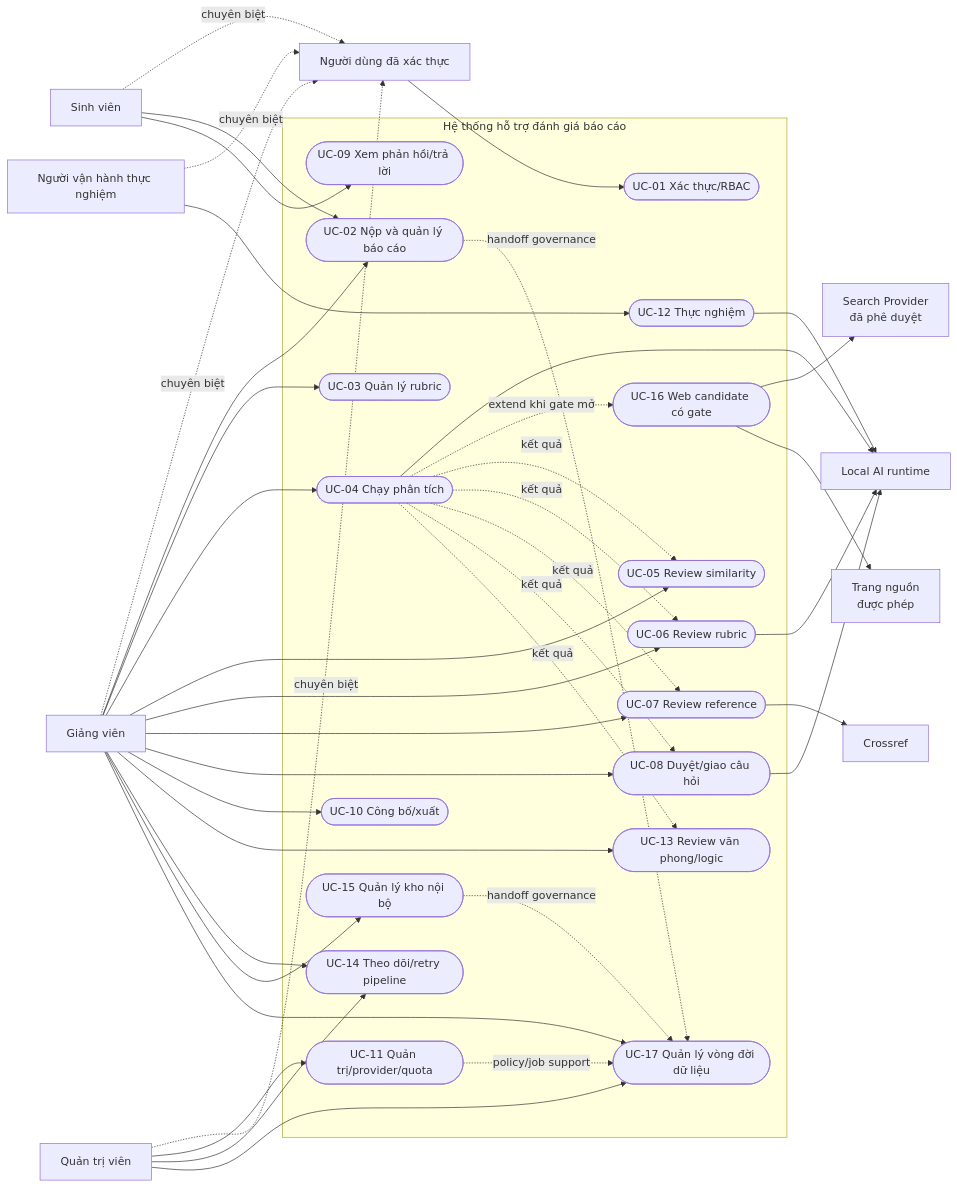
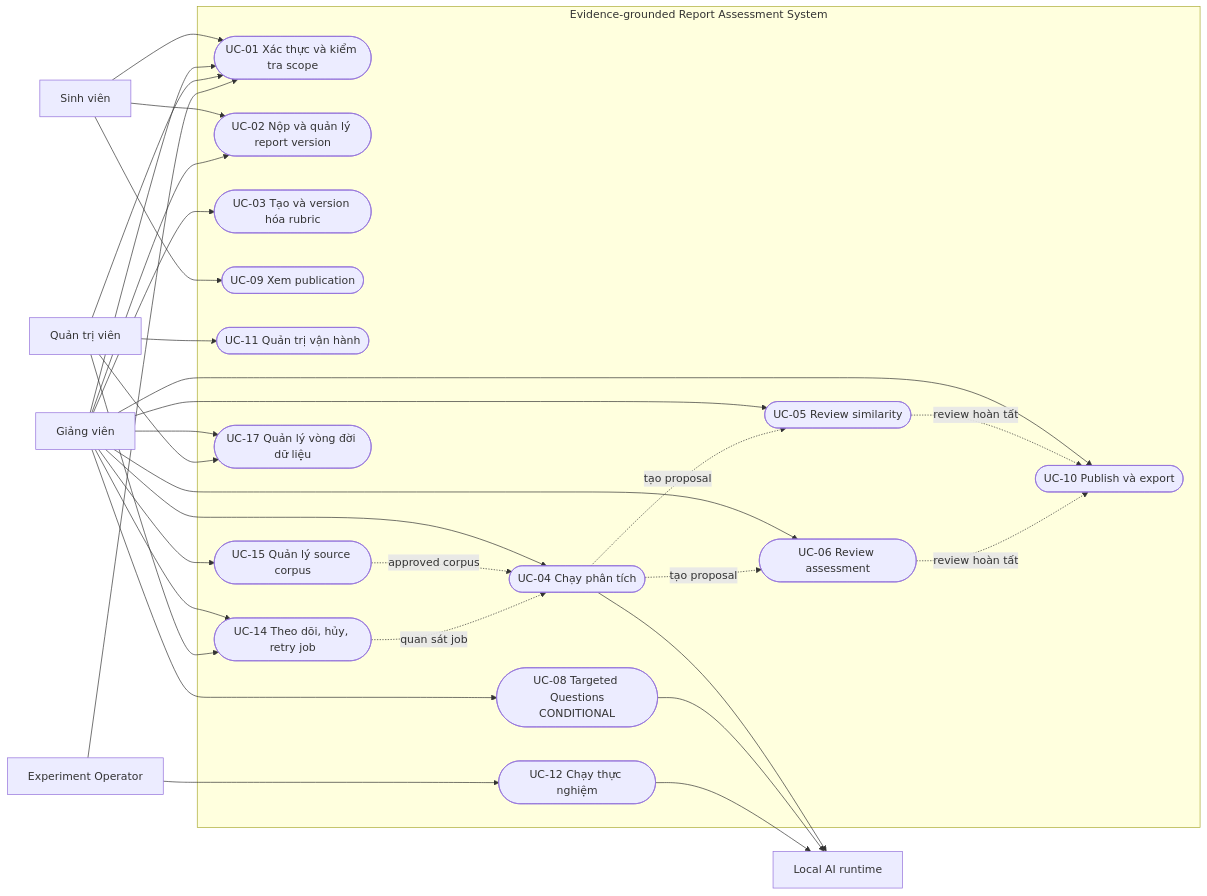
One commit to ngwine/evidence-grounded-report-assessment changed the first of 3 diagrams in docs/week-01/W1-04-bo-use-case.md. Above: the diagram before and after it, drawn with Mermaid. The commit also changed other lines of this file and 4 other files, not shown here.

````diff
--- a/docs/week-01/W1-04-bo-use-case.md
+++ b/docs/week-01/W1-04-bo-use-case.md
@@ -104,74 +93,56 @@
 ```mermaid
 flowchart LR
-    U[Người dùng đã xác thực]
     SV[Sinh viên]
     GV[Giảng viên]
     AD[Quản trị viên]
-    RS[Người vận hành thực nghiệm]
-    LAI[Local AI runtime]
-    SP[Search Provider<br/>đã phê duyệt]
-    CR[Crossref]
-    WEB[Trang nguồn<br/>được phép]
+    EO[Experiment Operator]
+    AI[Local AI runtime]
 
-    SV -. chuyên biệt .-> U
-    GV -. chuyên biệt .-> U
-    AD -. chuyên biệt .-> U
-    RS -. chuyên biệt .-> U
-
-    subgraph SYS[Hệ thống hỗ trợ đánh giá báo cáo]
-      UC01([UC-01 Xác thực/RBAC])
-      UC02([UC-02 Nộp và quản lý báo cáo])
-      UC03([UC-03 Quản lý rubric])
+    subgraph SYS[Evidence-grounded Report Assessment System]
+      UC01([UC-01 Xác thực và kiểm tra scope])
+      UC02([UC-02 Nộp và quản lý report version])
+      UC03([UC-03 Tạo và version hóa rubric])
       UC04([UC-04 Chạy phân tích])
       UC05([UC-05 Review similarity])
-      UC06([UC-06 Review rubric])
-      UC07([UC-07 Review reference])
-      UC08([UC-08 Duyệt/giao câu hỏi])
-      UC09([UC-09 Xem phản hồi/trả lời])
-      UC10([UC-10 Công bố/xuất])
-      UC11([UC-11 Quản trị/provider/quota])
-      UC12([UC-12 Thực nghiệm])
-      UC13([UC-13 Review văn phong/logic])
-      UC14([UC-14 Theo dõi/retry pipeline])
-      UC15([UC-15 Quản lý kho nội bộ])
-      UC16([UC-16 Web candidate có gate])
+      UC06([UC-06 Review assessment])
+      UC08([UC-08 Targeted Questions<br/>CONDITIONAL])
+      UC09([UC-09 Xem publication])
+      UC10([UC-10 Publish và export])
+      UC11([UC-11 Quản trị vận hành])
+      UC12([UC-12 Chạy thực nghiệm])
+      UC14([UC-14 Theo dõi, hủy, retry job])
+      UC15([UC-15 Quản lý source corpus])
       UC17([UC-17 Quản lý vòng đời dữ liệu])
     end
 
-    U --> UC01
+    SV --> UC01
     SV --> UC02
     SV --> UC09
+    GV --> UC01
     GV --> UC02
     GV --> UC03
     GV --> UC04
     GV --> UC05
     GV --> UC06
-    GV --> UC07
     GV --> UC08
     GV --> UC10
-    GV --> UC13
     GV --> UC14
     GV --> UC15
+    GV --> UC17
+    AD --> UC01
     AD --> UC11
     AD --> UC14
     AD --> UC17
-    RS --> UC12
-    GV --> UC17
+    EO --> UC01
+    EO --> UC12
 
-    UC04 --> LAI
-    UC06 --> LAI
-    UC07 --> CR
-    UC08 --> LAI
-    UC12 --> LAI
-    UC16 --> SP
-    UC16 --> WEB
-    UC04 -. "extend khi gate mở" .-> UC16
-    UC04 -. "kết quả" .-> UC05
-    UC04 -. "kết quả" .-> UC06
-    UC04 -. "kết quả" .-> UC07
-    UC04 -. "kết quả" .-> UC08
-    UC04 -. "kết quả" .-> UC13
-    UC02 -. "handoff governance" .-> UC17
-    UC15 -. "handoff governance" .-> UC17
-    UC11 -. "policy/job support" .-> UC17
+    UC04 --> AI
+    UC08 --> AI
+    UC12 --> AI
+    UC04 -. tạo proposal .-> UC05
+    UC04 -. tạo proposal .-> UC06
+    UC05 -. review hoàn tất .-> UC10
+    UC06 -. review hoàn tất .-> UC10
+    UC15 -. approved corpus .-> UC04
+    UC14 -. quan sát job .-> UC04
 ```
````
